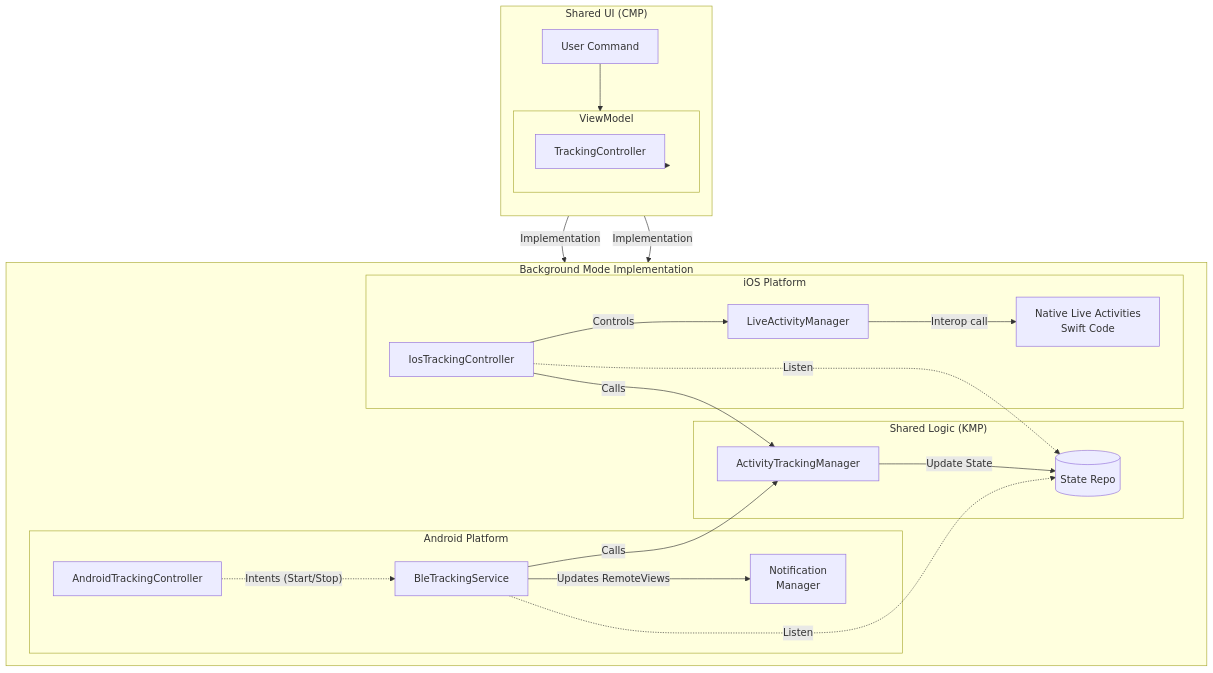
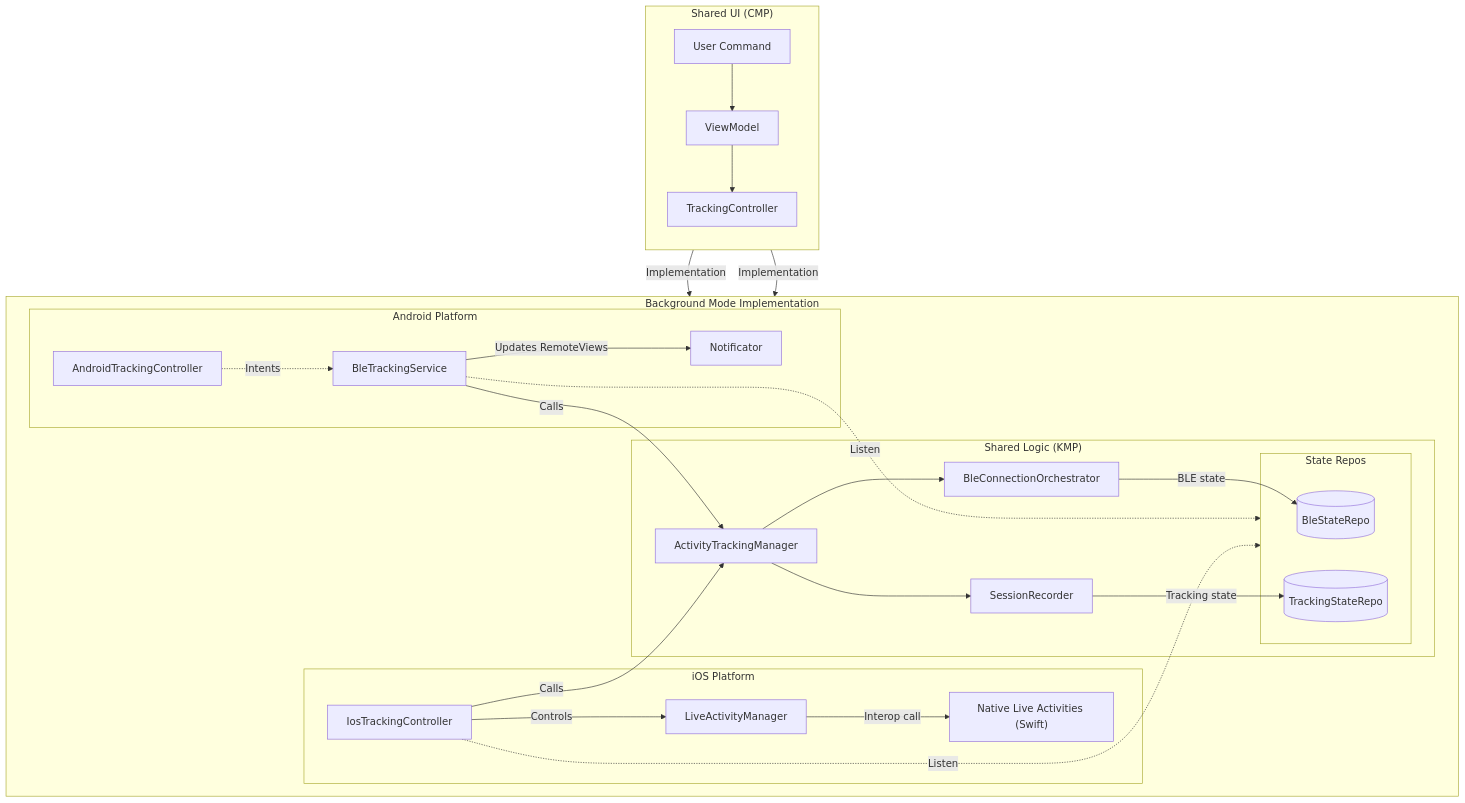
One commit to AnatoliiChub/HRAM changed the third of 3 diagrams in README.md. Above: the diagram before and after it, drawn with Mermaid.

Commit message:
Readme updated: Background mode.

````diff
--- a/README.md
+++ b/README.md
@@ -446,57 +446,63 @@
 ```mermaid
-
 flowchart TB
     %% Shared UI
-    subgraph Shared CMP ["Shared UI (CMP)"]
+    subgraph CMP ["Shared UI (CMP)"]
         direction TB
         UI[User Command]
-        subgraph VM[ViewModel]
-            TC_Shared[TrackingController]
-        end
+        VM[ViewModel]
+        TC_Shared[TrackingController]
 
+        UI --> VM
         VM --> TC_Shared
-        UI --> VM
     end
-      
+
     %% Background Mode
-    subgraph BG[Background Mode Implementation]
+    subgraph BG ["Background Mode Implementation"]
         direction LR
+
         %% Android Platform
         subgraph Android ["Android Platform"]
             TC_And[AndroidTrackingController]
             Service[BleTrackingService]
-              Notif[Notification <br> Manager]
-          
+            Notif[Notificator]
+
             Service -- "Updates RemoteViews" --> Notif
         end
 
         %% Shared KMP
-        subgraph Shared ["Shared Logic (KMP)"]
-            VM[ViewModel]
-            TC_Shared[TrackingController]
+        subgraph KMP ["Shared Logic (KMP)"]
             ATM[ActivityTrackingManager]
-            Repos[(State Repo)]
+            BCO[BleConnectionOrchestrator]
+            SR[SessionRecorder]
 
-            ATM -- "Update State" --> Repos
+            subgraph Storage ["State Repos"]
+                BleRepo[(BleStateRepo)]
+                TrackRepo[(TrackingStateRepo)]
+            end
+
+            ATM --> BCO
+            ATM --> SR
+            BCO -- "BLE state" --> BleRepo
+            SR -- "Tracking state" --> TrackRepo
         end
 
         %% iOS Platform
         subgraph iOS ["iOS Platform"]
+            TC_iOS[IosTrackingController]
             LAM[LiveActivityManager]
-            LA[Native Live Activities <br> Swift Code]
-            TC_iOS[IosTrackingController]
+            LA["Native Live Activities (Swift)"]
 
             TC_iOS -- "Controls" --> LAM
             LAM -- "Interop call" --> LA
         end
     end
 
     %% Cross-layer connections
     TC_Shared -- "Implementation" --> TC_And
     TC_Shared -- "Implementation" --> TC_iOS
+    TC_And -. "Intents" .-> Service
     Service -- "Calls" --> ATM
     TC_iOS -- "Calls" --> ATM
-    Service -. "Listen" .-> Repos
-    TC_iOS -. "Listen" .-> Repos
-    TC_And -. "Intents (Start/Stop)" .-> Service
+    Service -. "Listen" .-> Storage
+    TC_iOS -. "Listen" .-> Storage
 ```
````
